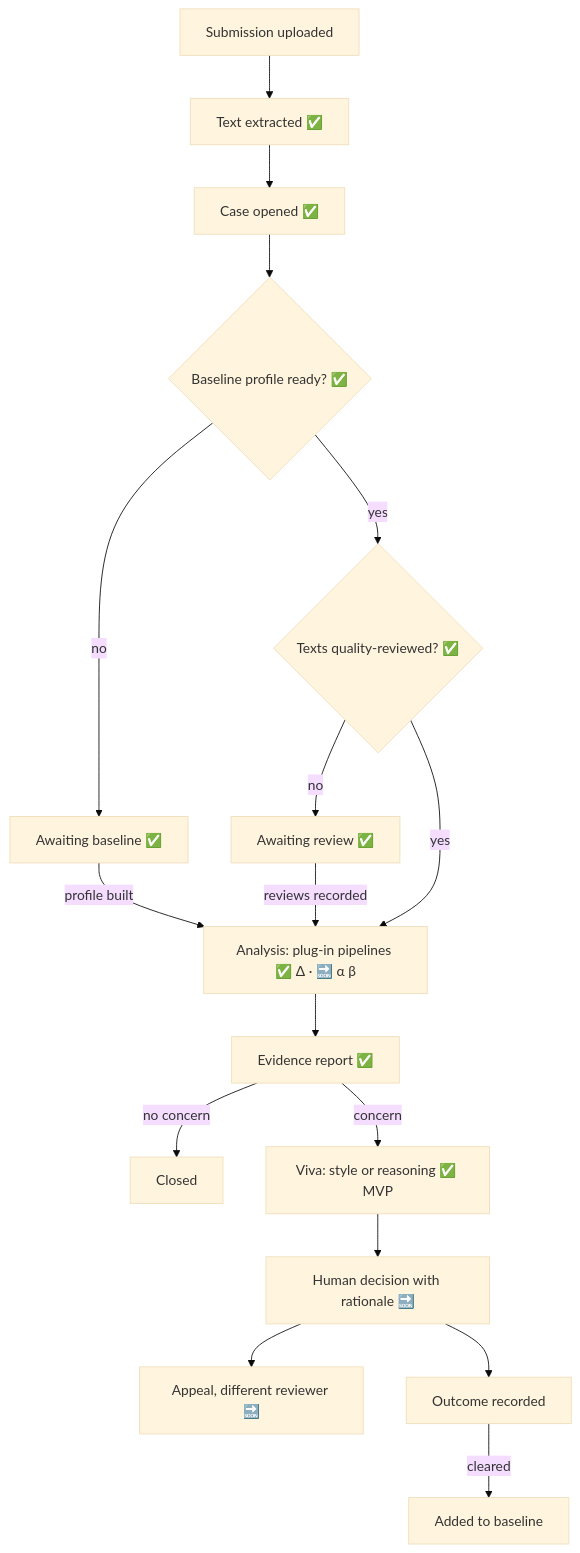
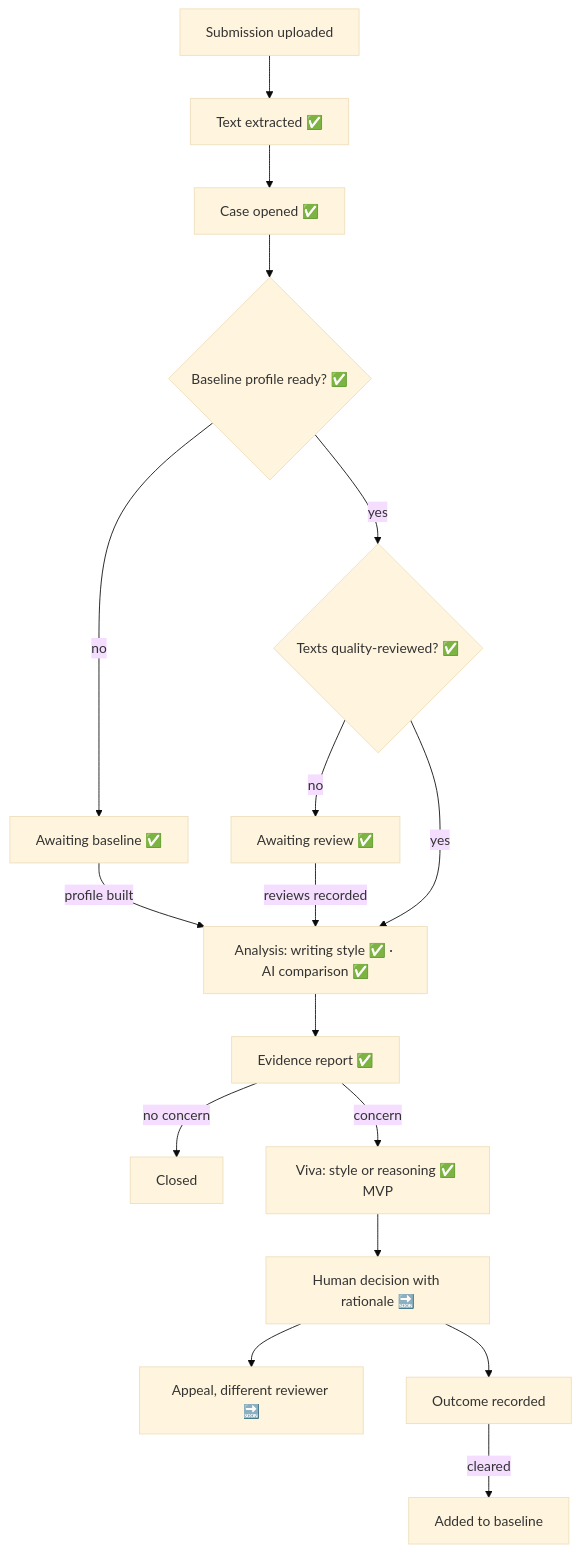
The first of 4 diagrams in docs/design.md (hung-viskopic/ViskopicWebsite), drawn with Mermaid (base theme) before and after one commit. The commit also changed other lines of this file and 14 other files, not shown here.

````diff
--- a/docs/design.md
+++ b/docs/design.md
@@ -22,19 +27,19 @@
 ```mermaid
 flowchart TD
     A[Submission uploaded] --> B[Text extracted ✅]
     B --> CS[Case opened ✅]
     CS --> C{Baseline profile ready? ✅}
     C -- no --> W[Awaiting baseline ✅]
     W -- profile built --> D
     C -- yes --> QR{Texts quality-reviewed? ✅}
     QR -- no --> RV[Awaiting review ✅]
     RV -- reviews recorded --> D
-    QR -- yes --> D[Analysis: plug-in pipelines ✅ Δ · 🔜 α β]
+    QR -- yes --> D[Analysis: writing style ✅ · AI comparison ✅]
     D --> E[Evidence report ✅]
     E -- no concern --> X[Closed]
     E -- concern --> F[Viva: style or reasoning ✅ MVP]
     F --> G[Human decision with rationale 🔜]
     G --> H[Appeal, different reviewer 🔜]
     G --> I[Outcome recorded]
     I -- cleared --> J[Added to baseline]
 ```
````
